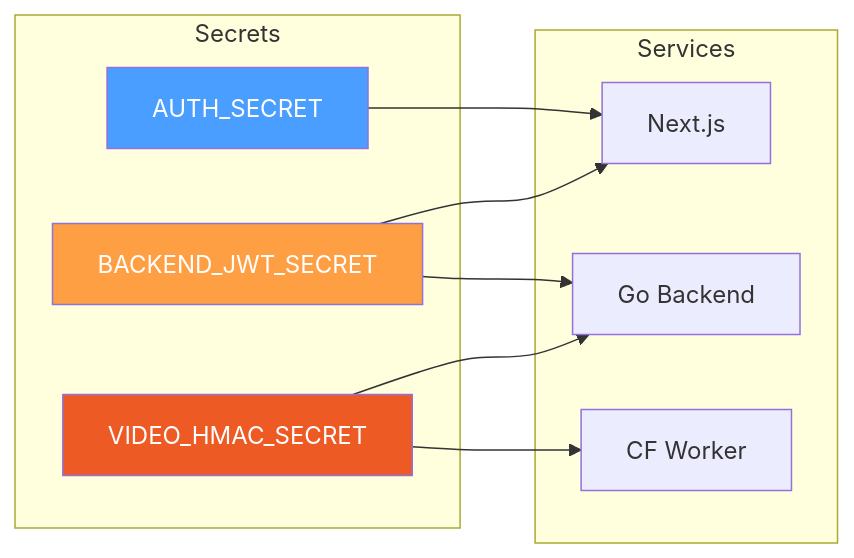
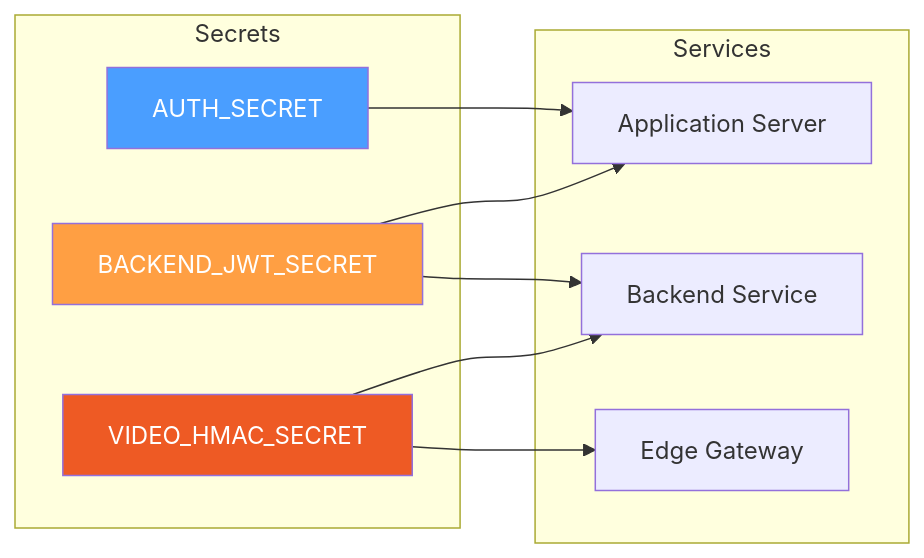
One commit to aloshy0/S4 changed the fourth of 6 diagrams in README (1).md. Above: the diagram before and after it, drawn with Mermaid. The commit also changed other lines of this file, not shown here.

````diff
--- a/README (1).md
+++ b/README (1).md
@@ -265,24 +265,24 @@
 ```mermaid
 graph LR
     subgraph Secrets
         A["AUTH_SECRET"]
         B["BACKEND_JWT_SECRET"]
         C["VIDEO_HMAC_SECRET"]
     end
 
     subgraph Services
-        D["Next.js"]
-        E["Go Backend"]
-        F["CF Worker"]
+        D["Application Server"]
+        E["Backend Service"]
+        F["Edge Gateway"]
     end
 
     A --> D
     B --> D
     B --> E
     C --> E
     C --> F
 
     style A fill:#4a9eff,color:#fff
     style B fill:#ff9f43,color:#fff
     style C fill:#ee5a24,color:#fff
 ```
````
